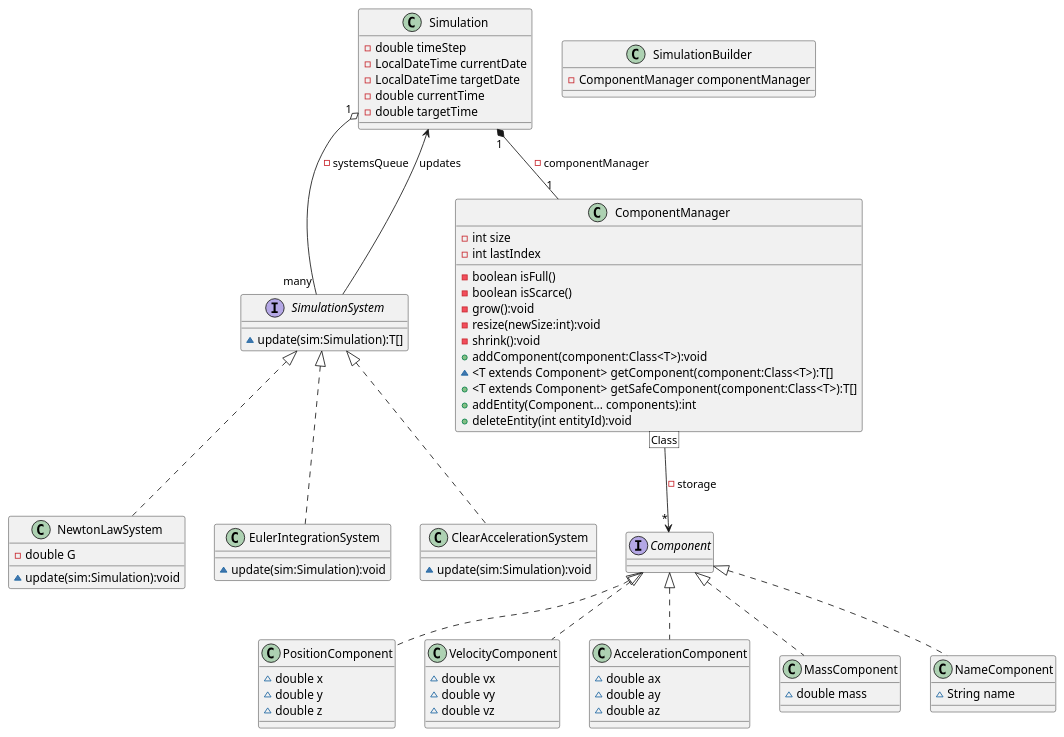
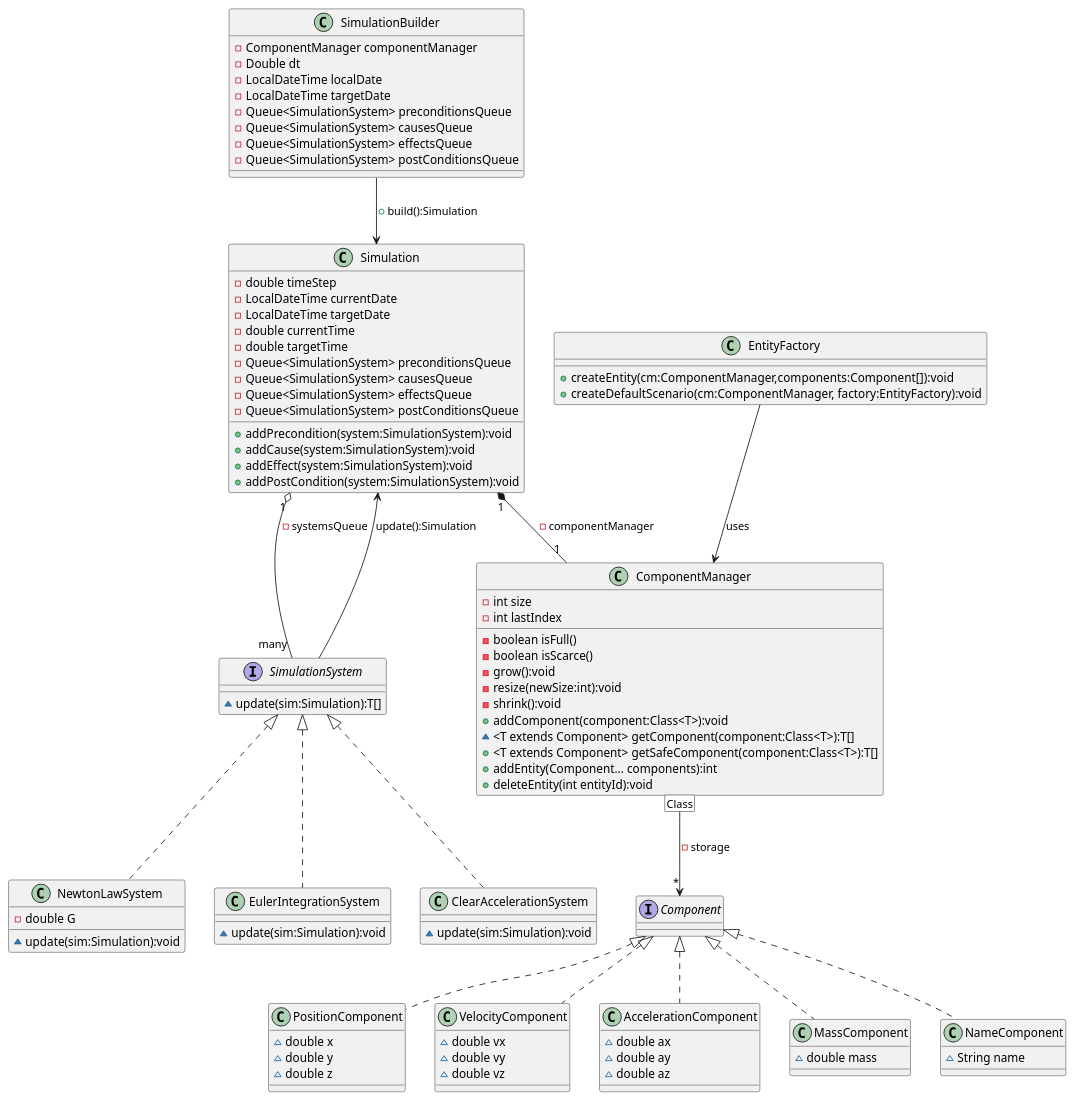
One commit to Pela98/GravSim changed the diagram in UML/ModelUML.puml. Above: the diagram before and after it, drawn with PlantUML. The commit also changed 8 other files, not shown here.

```diff
--- a/UML/ModelUML.puml
+++ b/UML/ModelUML.puml
@@ -1,76 +1,99 @@
 @startuml ModelUML
 
 'Interfacce per pattern ECS
 interface Component{
 }
 interface SimulationSystem{
     ~ update(sim:Simulation):T[]
 }
 'Classi Component
 class PositionComponent implements Component{
     ~double x
     ~double y
     ~double z
 }
 class VelocityComponent implements Component{
     ~double vx
     ~double vy
     ~double vz
 }
 class AccelerationComponent implements Component{
     ~double ax
     ~double ay
     ~double az
 }
 class MassComponent implements Component{
     ~double mass
 }
 class NameComponent implements Component{
     ~String name
 }
 'ComponentManager (gestione dei componenti)
 class ComponentManager {
 
         - int size
         - int lastIndex
         - boolean isFull()
         - boolean isScarce()
         - grow():void 
         - resize(newSize:int):void 
         - shrink():void 
         + addComponent(component:Class<T>):void
         ~ <T extends Component> getComponent(component:Class<T>):T[] 
         + <T extends Component> getSafeComponent(component:Class<T>):T[]
         + addEntity(Component... components):int 
         + deleteEntity(int entityId):void 
     }
     ComponentManager [Class] --> "*" Component : - storage
 
     'Simulation (Contiene tutti i dati per istanza di simulazione)
     class Simulation {
         - double timeStep
         - LocalDateTime currentDate
         - LocalDateTime targetDate
         - double currentTime
         - double targetTime
+        -Queue<SimulationSystem> preconditionsQueue
+        -Queue<SimulationSystem> causesQueue
+        -Queue<SimulationSystem> effectsQueue
+        -Queue<SimulationSystem> postConditionsQueue
+        +addPrecondition(system:SimulationSystem):void
+        +addCause(system:SimulationSystem):void
+        +addEffect(system:SimulationSystem):void
+        +addPostCondition(system:SimulationSystem):void
     }
     Simulation "1" *-- "1" ComponentManager : - componentManager
     Simulation "1" o-- "many" SimulationSystem : - systemsQueue
-    SimulationSystem --> Simulation : updates
+    SimulationSystem --> Simulation : update():Simulation
     'Sistemi motore fisico
     class NewtonLawSystem implements SimulationSystem{
         - double G
         ~ update(sim:Simulation):void
     }
     class EulerIntegrationSystem implements SimulationSystem{
         ~ update(sim:Simulation):void
     }
     class ClearAccelerationSystem implements SimulationSystem {
         ~ update(sim:Simulation):void
     }
     'Builder pattern per creare istanze di simulazione
     class SimulationBuilder {
         -ComponentManager componentManager
+        -Double dt
+        -LocalDateTime localDate
+        -LocalDateTime targetDate
+        -Queue<SimulationSystem> preconditionsQueue
+        -Queue<SimulationSystem> causesQueue
+        -Queue<SimulationSystem> effectsQueue
+        -Queue<SimulationSystem> postConditionsQueue
+    }    
+    SimulationBuilder --> Simulation : +build():Simulation
+
+    
+    'Entity Factory per creare entità
+    class EntityFactory {
+        + createEntity(cm:ComponentManager,components:Component[]):void
+        + createDefaultScenario(cm:ComponentManager, factory:EntityFactory):void
     }
-
+    EntityFactory --> ComponentManager: uses
 @enduml
```
